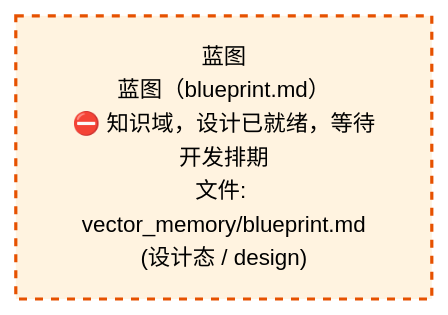
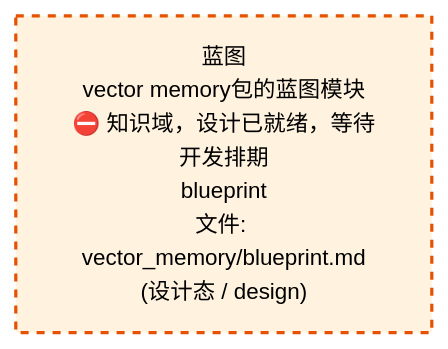
Before and after one commit to xuanFelixVan/ZephyrAlpha: the first of 2 diagrams in docs/02_enterprise_architecture/02_domain_architecture_docs/58_d_knowledge.md, drawn with Mermaid. The commit also changed other lines of this file and 58 other files, not shown here.

````diff
--- a/docs/02_enterprise_architecture/02_domain_architecture_docs/58_d_knowledge.md
+++ b/docs/02_enterprise_architecture/02_domain_architecture_docs/58_d_knowledge.md
@@ -53,10 +53,10 @@
 ```mermaid
 %%{init: {'theme': 'base', 'themeVariables': {'primaryColor': '#eaeaea', 'primaryTextColor': '#333333', 'primaryBorderColor': '#666666', 'lineColor': '#666666', 'secondaryColor': '#eaeaea', 'tertiaryColor': '#eaeaea', 'fontSize': '14px'}}}%%
 flowchart TD
-    docs_03_modules_domain_knowledge_vector_memory_blueprint_md["蓝图<br/>蓝图（blueprint.md）<br/>⛔ 知识域，设计已就绪，等待开发排期<br/>文件: vector_memory/blueprint.md<br/>(设计态 / design)"]
+    docs_03_modules_domain_knowledge_vector_memory_blueprint_md["蓝图<br/>vector memory包的蓝图模块<br/>⛔ 知识域，设计已就绪，等待开发排期<br/>blueprint<br/>文件: vector_memory/blueprint.md<br/>(设计态 / design)"]
     classDef production fill:#e1f5fe,stroke:#01579b,stroke-width:2px,color:#000
     classDef design fill:#fff3e0,stroke:#e65100,stroke-width:2px,color:#000,stroke-dasharray: 5 5
     classDef external_prod fill:#e8f4fd,stroke:#0277bd,stroke-width:1px,color:#000
     classDef external_design fill:#fff8e7,stroke:#ef6c00,stroke-width:1px,color:#000,stroke-dasharray: 5 5
     class docs_03_modules_domain_knowledge_vector_memory_blueprint_md design
 ```
````
